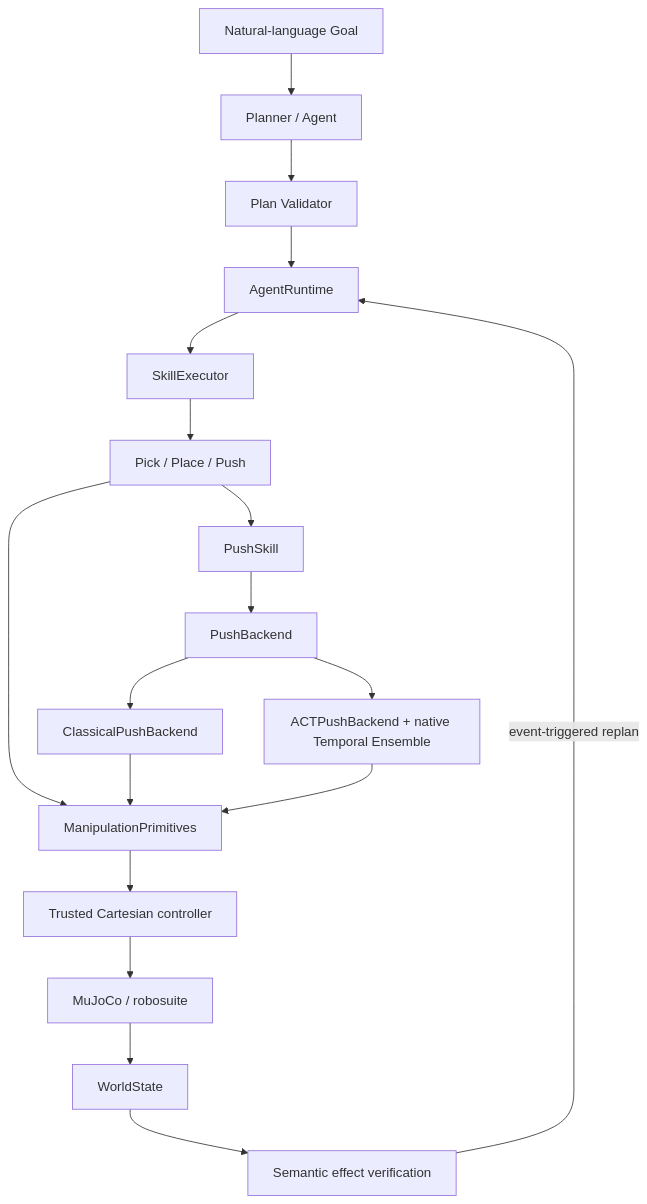
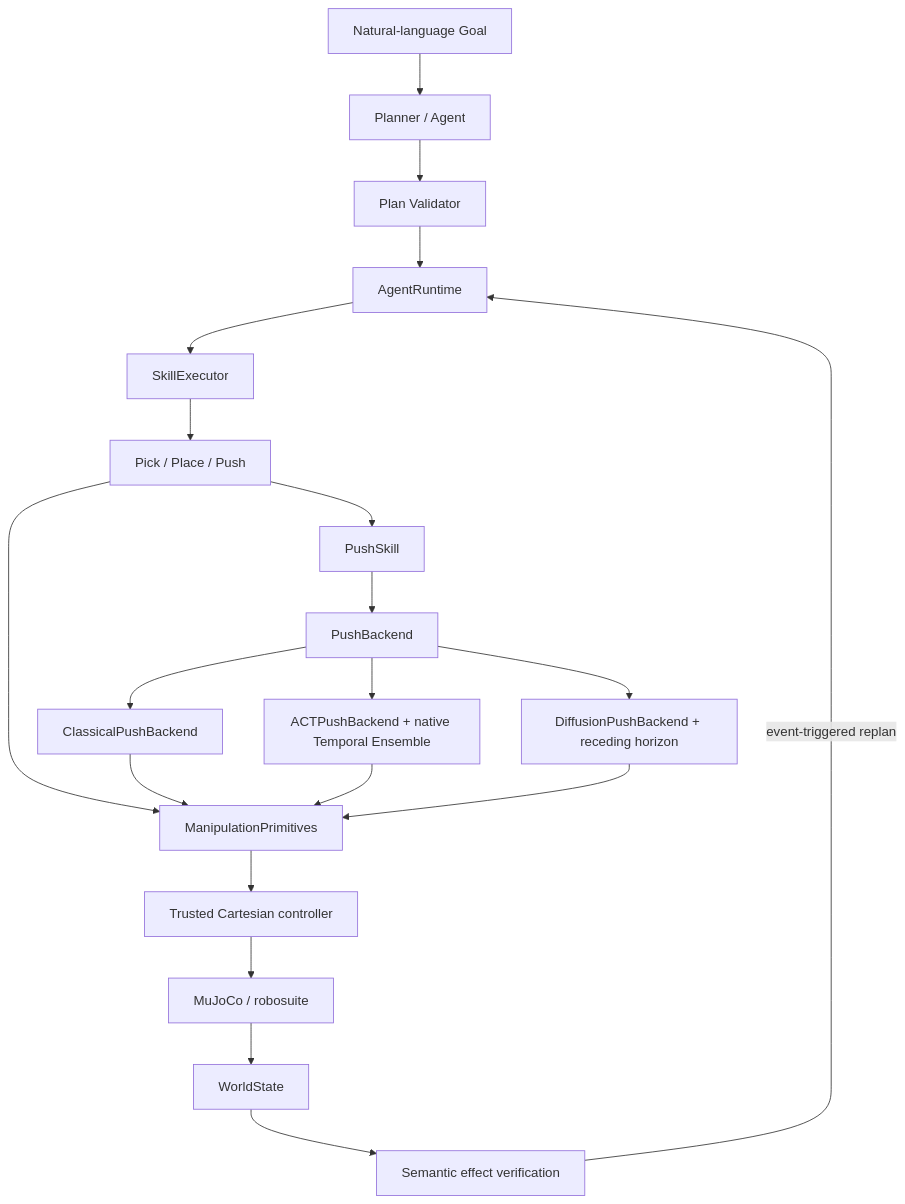
Before and after one commit to Block-O2/semantic-manipulation-stack: the diagram in README.md, drawn with Mermaid. The commit also changed other lines of this file and 19 other files, not shown here.

Commit message:
Add state-based Diffusion Policy Push backend

````diff
--- a/README.md
+++ b/README.md
@@ -26,22 +26,24 @@
 ```mermaid
 flowchart TD
     G["Natural-language Goal"] --> P["Planner / Agent"]
     P --> V["Plan Validator"]
     V --> A["AgentRuntime"]
     A --> E["SkillExecutor"]
     E --> S["Pick / Place / Push"]
 
     S --> PR["ManipulationPrimitives"]
     S --> PS["PushSkill"]
     PS --> PB["PushBackend"]
     PB --> CL["ClassicalPushBackend"]
     PB --> ACT["ACTPushBackend + native Temporal Ensemble"]
+    PB --> DP["DiffusionPushBackend + receding horizon"]
     CL --> PR
     ACT --> PR
+    DP --> PR
 
     PR --> C["Trusted Cartesian controller"]
     C --> M["MuJoCo / robosuite"]
     M --> W["WorldState"]
     W --> X["Semantic effect verification"]
     X -->|"event-triggered replan"| A
 ```
````
